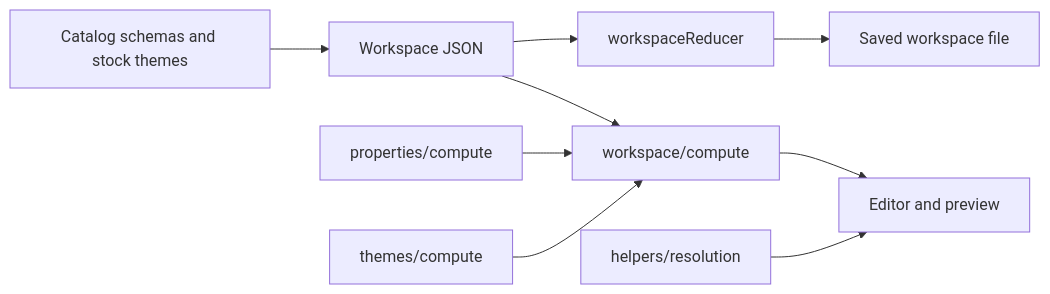
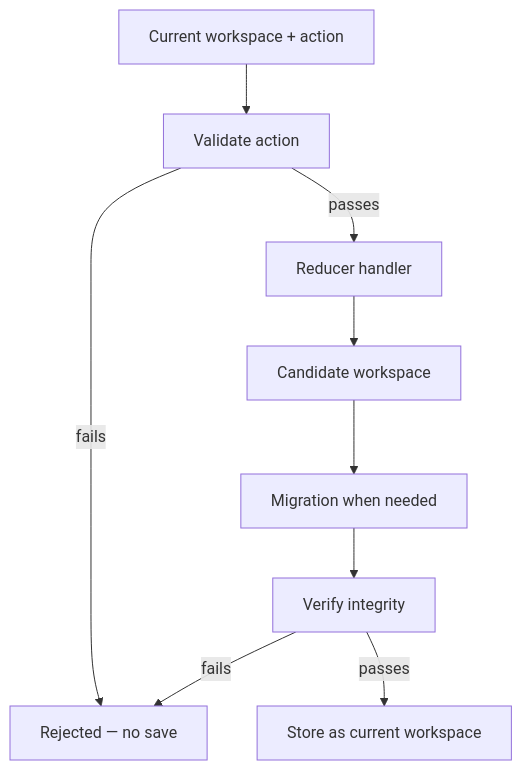
The diagram in packages/core/README.md (SeldonDigital/seldon), drawn with Mermaid before and after one commit. The commit also changed other lines of this file and 24 other files, not shown here.

````diff
--- a/packages/core/README.md
+++ b/packages/core/README.md
@@ -29,11 +55,11 @@
 ```mermaid
-flowchart LR
-  catalog[Catalog schemas and stock themes] --> workspace[Workspace JSON]
-  workspace --> reducer[workspaceReducer]
-  reducer --> saved[Saved workspace file]
-  workspace --> compute[workspace/compute]
-  compute --> ui[Editor and preview]
-  properties[properties/compute] --> compute
-  themes[themes/compute] --> compute
-  helpers[helpers/resolution] --> ui
+flowchart TD
+  start[Current workspace + action] --> validation[Validate action]
+  validation -->|fails| rejected[Rejected — no save]
+  validation -->|passes| handler[Reducer handler]
+  handler --> candidate[Candidate workspace]
+  candidate --> migration[Migration when needed]
+  migration --> verification[Verify integrity]
+  verification -->|fails| rejected
+  verification -->|passes| next[Store as current workspace]
 ```
````
